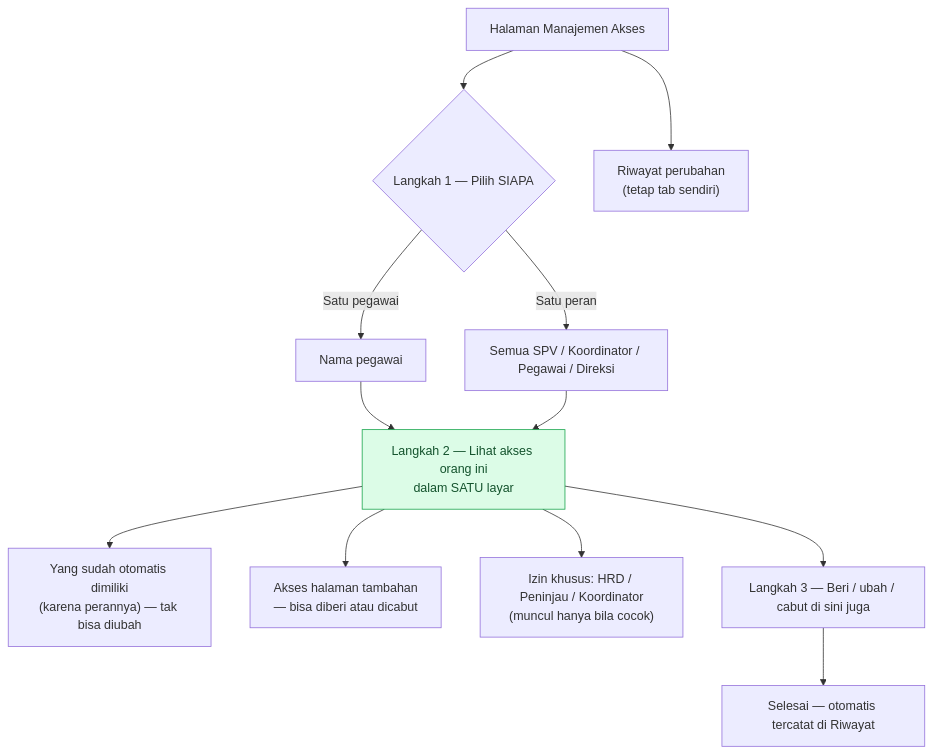
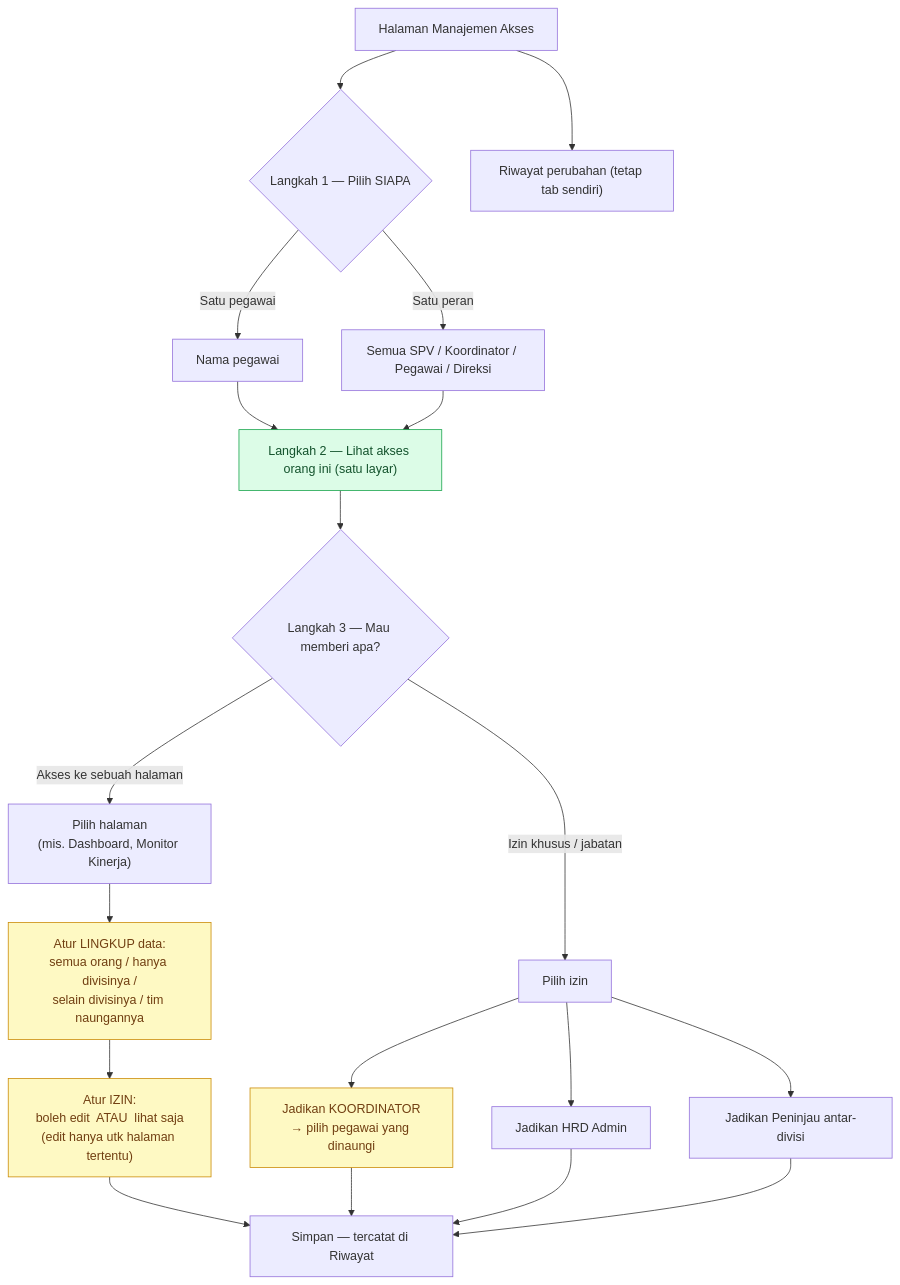
One commit to infarmcorp/infarm-360 changed the second of 2 diagrams in docs/pengembangan/DESAIN-MANAJEMEN-AKSES.md. Above: the diagram before and after it, drawn with Mermaid. The commit also changed other lines of this file, not shown here.

Commit message:
perbarui diagram mermaid

````diff
--- a/docs/pengembangan/DESAIN-MANAJEMEN-AKSES.md
+++ b/docs/pengembangan/DESAIN-MANAJEMEN-AKSES.md
@@ -231,21 +231,33 @@
 ```mermaid
 flowchart TD
   START["Halaman Manajemen Akses"] --> S1{"Langkah 1 — Pilih SIAPA"}
   S1 -->|"Satu pegawai"| P["Nama pegawai"]
   S1 -->|"Satu peran"| R["Semua SPV / Koordinator / Pegawai / Direksi"]
 
-  P --> PROF["Langkah 2 — Lihat akses orang ini<br/>dalam SATU layar"]
+  P --> PROF["Langkah 2 — Lihat akses orang ini (satu layar)"]
   R --> PROF
 
-  PROF --> PA["Yang sudah otomatis dimiliki<br/>(karena perannya) — tak bisa diubah"]
-  PROF --> PB["Akses halaman tambahan<br/>— bisa diberi atau dicabut"]
-  PROF --> PC["Izin khusus: HRD / Peninjau / Koordinator<br/>(muncul hanya bila cocok)"]
+  PROF --> S3{"Langkah 3 — Mau memberi apa?"}
 
-  PROF --> S3["Langkah 3 — Beri / ubah / cabut di sini juga"]
-  S3 --> DONE["Selesai — otomatis tercatat di Riwayat"]
+  %% Cabang 1: akses ke sebuah halaman (di sinilah LINGKUP & EDIT diatur)
+  S3 -->|"Akses ke sebuah halaman"| G1["Pilih halaman<br/>(mis. Dashboard, Monitor Kinerja)"]
+  G1 --> G1a["Atur LINGKUP data:<br/>semua orang / hanya divisinya /<br/>selain divisinya / tim naungannya"]
+  G1a --> G1b["Atur IZIN:<br/>boleh edit  ATAU  lihat saja<br/>(edit hanya utk halaman tertentu)"]
+  G1b --> DONE["Simpan — tercatat di Riwayat"]
 
-  START --> TLOG["Riwayat perubahan<br/>(tetap tab sendiri)"]
+  %% Cabang 2: izin khusus / jabatan (di sinilah KOORDINATOR diberikan)
+  S3 -->|"Izin khusus / jabatan"| G2["Pilih izin"]
+  G2 --> G2a["Jadikan KOORDINATOR<br/>→ pilih pegawai yang dinaungi"]
+  G2 --> G2b["Jadikan HRD Admin"]
+  G2 --> G2c["Jadikan Peninjau antar-divisi"]
+  G2a --> DONE
+  G2b --> DONE
+  G2c --> DONE
+
+  START --> TLOG["Riwayat perubahan (tetap tab sendiri)"]
 
   classDef good fill:#dcfce7,stroke:#16a34a,color:#14532d;
+  classDef hot fill:#fef9c3,stroke:#ca8a04,color:#713f12;
   class PROF good;
+  class G1a,G1b,G2a hot;
 ```
````
